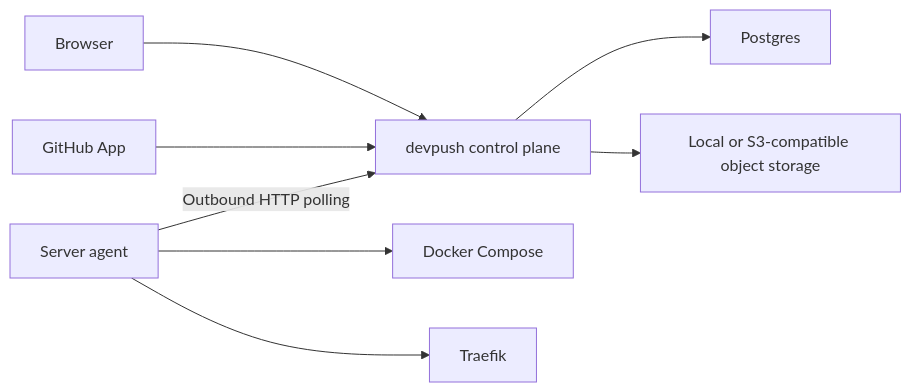
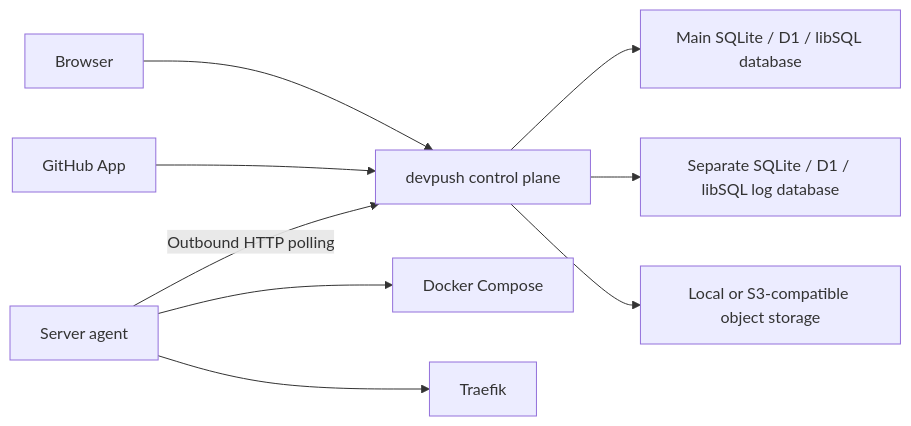
The diagram in ARCHITECTURE.md (hunvreus/devpush), drawn with Mermaid before and after one commit. The commit also changed other lines of this file and 455 other files, not shown here.

````diff
--- a/ARCHITECTURE.md
+++ b/ARCHITECTURE.md
@@ -13,10 +13,11 @@
 ```mermaid
 flowchart LR
   Browser["Browser"] --> App["devpush control plane"]
   GitHub["GitHub App"] --> App
-  App --> Postgres["Postgres"]
+  App --> Main["Main SQLite / D1 / libSQL database"]
+  App --> Logs["Separate SQLite / D1 / libSQL log database"]
   App --> Storage["Local or S3-compatible object storage"]
   Agent["Server agent"] -->|Outbound HTTP polling| App
   Agent --> Docker["Docker Compose"]
   Agent --> Traefik["Traefik"]
 ```
````
